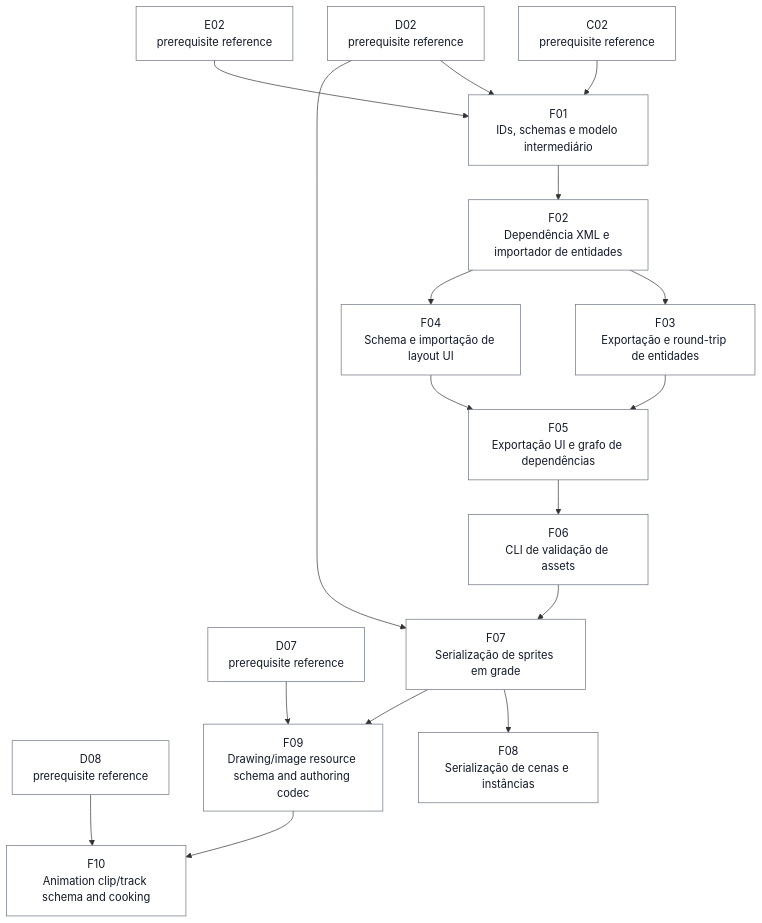
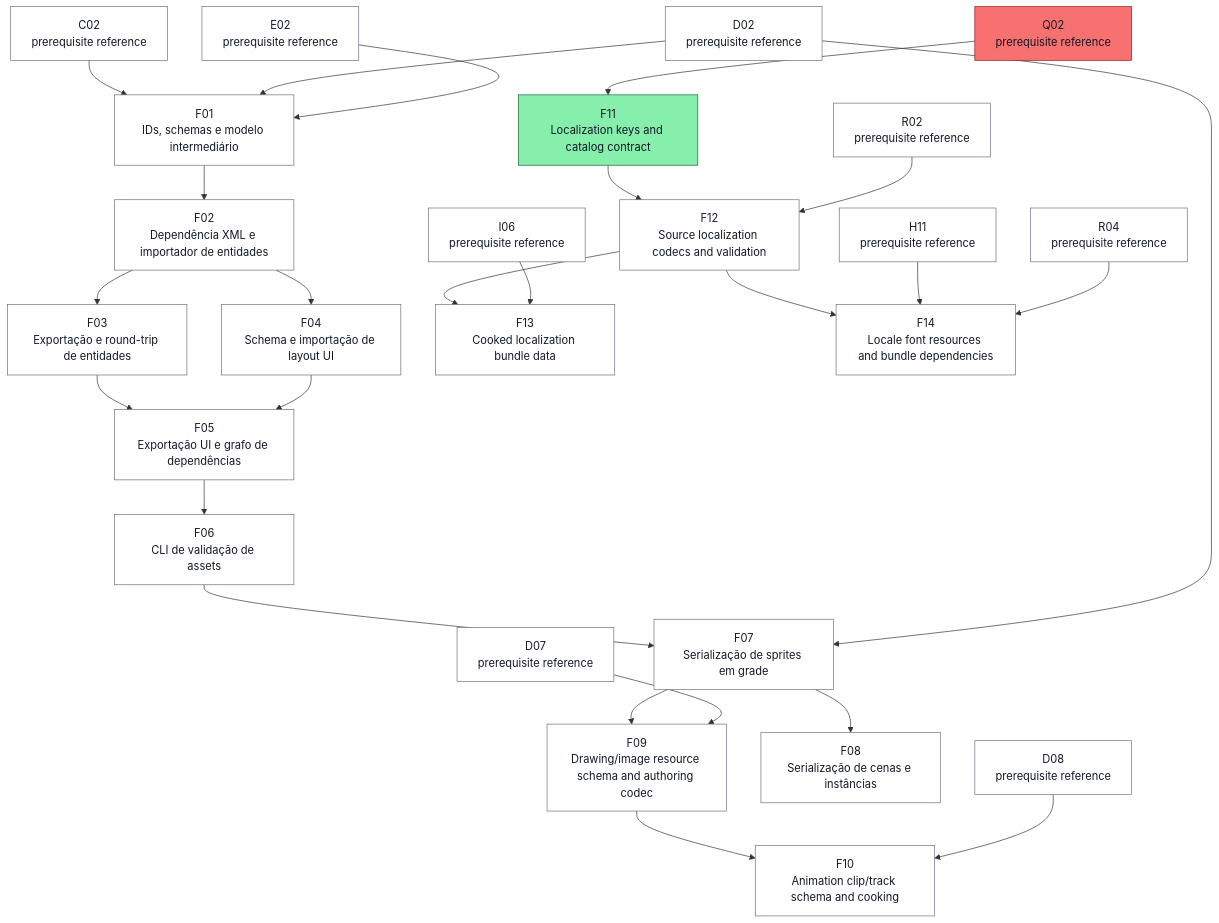
The seventh of 27 diagrams in docs/task-dependencies.md (ocarizr/spaceraiders), drawn with Mermaid before and after one commit. The commit also changed other lines of this file and 9 other files, not shown here.

````diff
--- a/docs/task-dependencies.md
+++ b/docs/task-dependencies.md
@@ -283,37 +301,54 @@
 ```mermaid
 flowchart TD
     ref_F_C02["C02<br/>prerequisite reference"]:::pending
     ref_F_D02["D02<br/>prerequisite reference"]:::pending
     ref_F_D07["D07<br/>prerequisite reference"]:::pending
     ref_F_D08["D08<br/>prerequisite reference"]:::pending
     ref_F_E02["E02<br/>prerequisite reference"]:::pending
+    ref_F_H11["H11<br/>prerequisite reference"]:::pending
+    ref_F_I06["I06<br/>prerequisite reference"]:::pending
+    ref_F_Q02["Q02<br/>prerequisite reference"]:::done
+    ref_F_R02["R02<br/>prerequisite reference"]:::pending
+    ref_F_R04["R04<br/>prerequisite reference"]:::pending
     F01["F01<br/>IDs, schemas e modelo intermediário"]:::pending
     F02["F02<br/>Dependência XML e importador de entidades"]:::pending
     F03["F03<br/>Exportação e round-trip de entidades"]:::pending
     F04["F04<br/>Schema e importação de layout UI"]:::pending
     F05["F05<br/>Exportação UI e grafo de dependências"]:::pending
     F06["F06<br/>CLI de validação de assets"]:::pending
     F07["F07<br/>Serialização de sprites em grade"]:::pending
     F08["F08<br/>Serialização de cenas e instâncias"]:::pending
     F09["F09<br/>Drawing/image resource schema and authoring codec"]:::pending
     F10["F10<br/>Animation clip/track schema and cooking"]:::pending
+    F11["F11<br/>Localization keys and catalog contract"]:::ready
+    F12["F12<br/>Source localization codecs and validation"]:::pending
+    F13["F13<br/>Cooked localization bundle data"]:::pending
+    F14["F14<br/>Locale font resources and bundle dependencies"]:::pending
     ref_F_C02 --> F01
     ref_F_D02 --> F01
     ref_F_E02 --> F01
     F01 --> F02
     F02 --> F03
     F02 --> F04
     F03 --> F05
     F04 --> F05
     F05 --> F06
     F06 --> F07
     ref_F_D02 --> F07
     F07 --> F08
     F07 --> F09
     ref_F_D07 --> F09
     F09 --> F10
     ref_F_D08 --> F10
+    ref_F_Q02 --> F11
+    F11 --> F12
+    ref_F_R02 --> F12
+    F12 --> F13
+    ref_F_I06 --> F13
+    F12 --> F14
+    ref_F_H11 --> F14
+    ref_F_R04 --> F14
     classDef pending fill:#ffffff,stroke:#6b7280,color:#111827
     classDef ready fill:#86efac,stroke:#166534,color:#111827
     classDef done fill:#f87171,stroke:#991b1b,color:#111827
 ```
````
